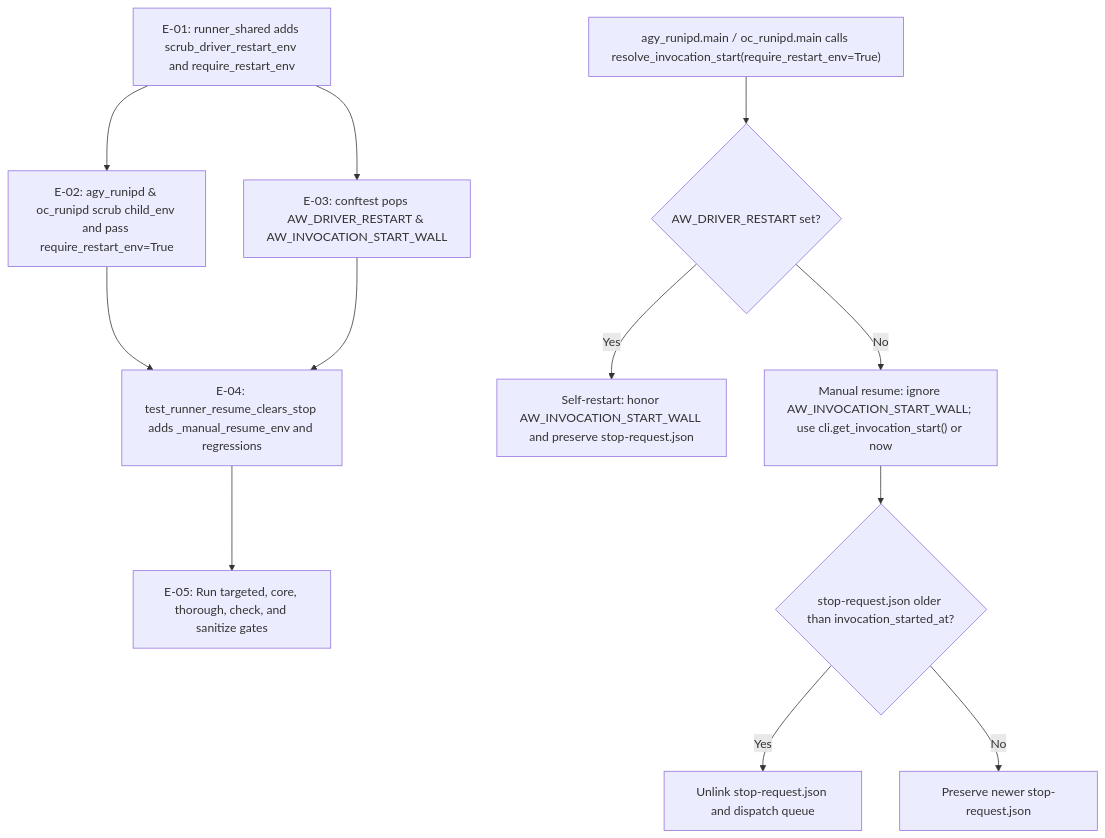
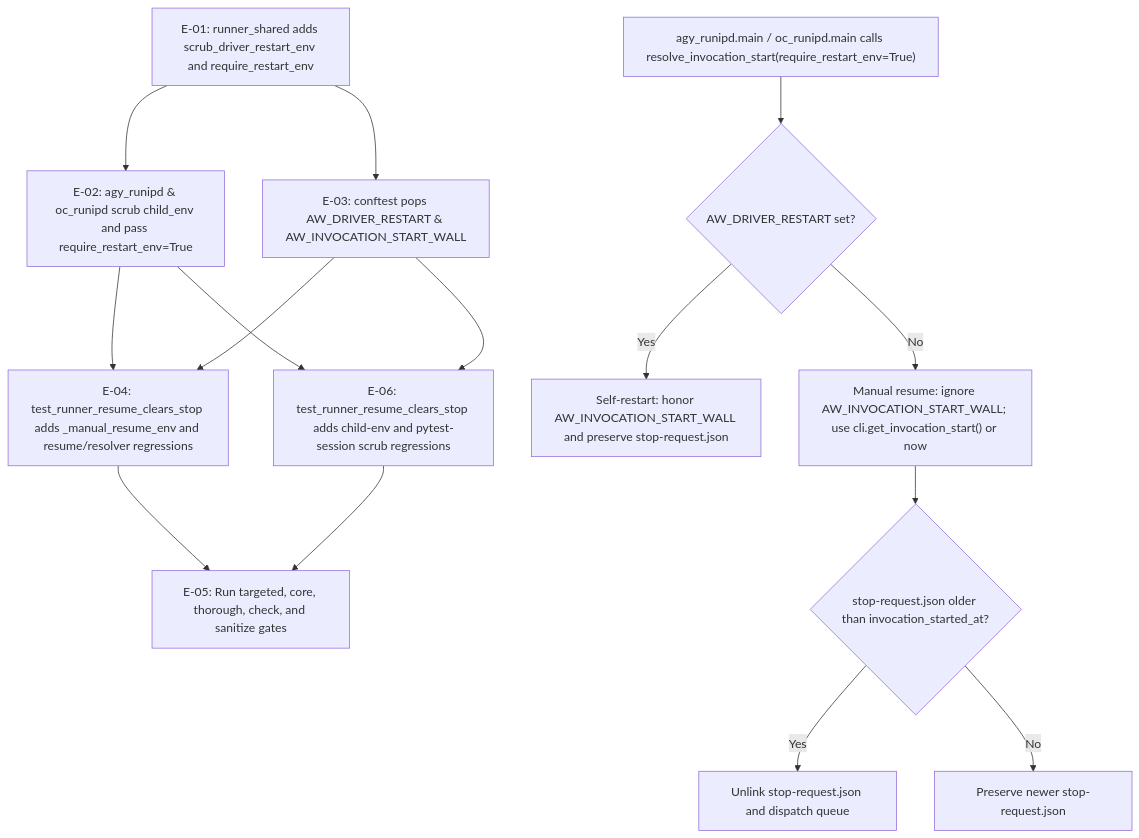
Before and after one commit to fariello/agent-workflows: the second of 2 diagrams in .aw/records/plans/pending/20261121-rryabb-01-z6wodh-scrub-driver-restart-env-vars-and-ignore-stale-aw-invocation.ipd.md, drawn with Mermaid. The commit also changed other lines of this file and 1 other file, not shown here.

````diff
--- a/.aw/records/plans/pending/20261121-rryabb-01-z6wodh-scrub-driver-restart-env-vars-and-ignore-stale-aw-invocation.ipd.md
+++ b/.aw/records/plans/pending/20261121-rryabb-01-z6wodh-scrub-driver-restart-env-vars-and-ignore-stale-aw-invocation.ipd.md
@@ -100,15 +108,18 @@
 ```mermaid
 flowchart TD
     S0["E-01: runner_shared adds scrub_driver_restart_env and require_restart_env"] --> S1["E-02: agy_runipd & oc_runipd scrub child_env and pass require_restart_env=True"]
     S0 --> S2["E-03: conftest pops AW_DRIVER_RESTART & AW_INVOCATION_START_WALL"]
-    S1 --> S3["E-04: test_runner_resume_clears_stop adds _manual_resume_env and regressions"]
+    S1 --> S3["E-04: test_runner_resume_clears_stop adds _manual_resume_env and resume/resolver regressions"]
     S2 --> S3
+    S1 --> S5["E-06: test_runner_resume_clears_stop adds child-env and pytest-session scrub regressions"]
+    S2 --> S5
     S3 --> S4["E-05: Run targeted, core, thorough, check, and sanitize gates"]
+    S5 --> S4
 
     M["agy_runipd.main / oc_runipd.main calls resolve_invocation_start(require_restart_env=True)"] --> D{"AW_DRIVER_RESTART set?"}
     D -->|Yes| R["Self-restart: honor AW_INVOCATION_START_WALL and preserve stop-request.json"]
     D -->|No| I["Manual resume: ignore AW_INVOCATION_START_WALL; use cli.get_invocation_start() or now"]
     I --> C{"stop-request.json older than invocation_started_at?"}
     C -->|Yes| U["Unlink stop-request.json and dispatch queue"]
     C -->|No| K["Preserve newer stop-request.json"]
 ```
````
